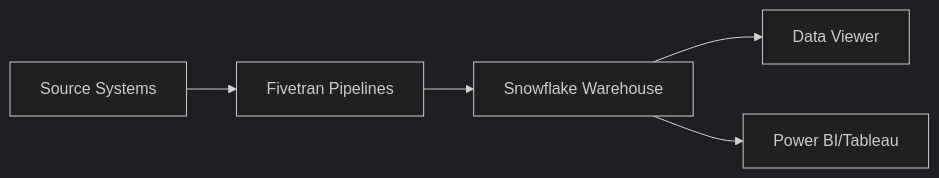
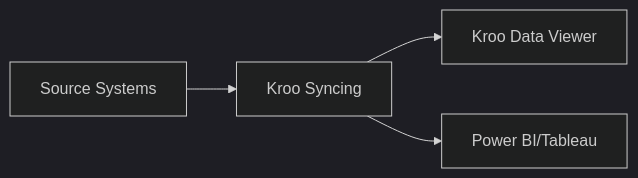
One commit to getkroo/docs changed the diagram in data-viewer.mdx. Above: the diagram before and after it, drawn with Mermaid (dark theme). The commit also changed other lines of this file, not shown here.

````diff
--- a/data-viewer.mdx
+++ b/data-viewer.mdx
@@ -445,7 +443,6 @@
 ```mermaid
 graph LR
-    A[Source Systems] --> B[Fivetran Pipelines]
-    B --> C[Snowflake Warehouse]
-    C --> D[Data Viewer]
-    C --> E[Power BI/Tableau]
+    A[Source Systems] --> B[Kroo Syncing]
+    B --> C[Kroo Data Viewer]
+    B --> D[Power BI/Tableau]
 ```
````
